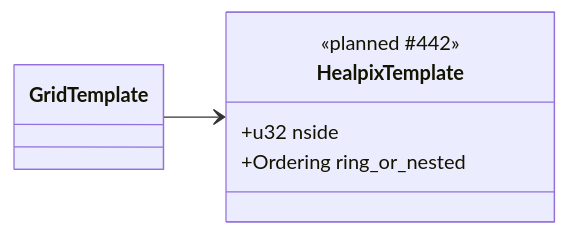
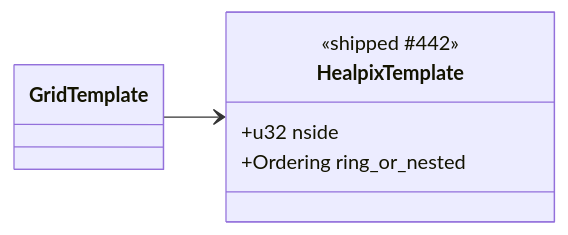
The first of 4 diagrams in docs/architecture/planned/03-composition.md (D0ubleD0uble/fieldglass), drawn with Mermaid before and after one commit. The commit also changed other lines of this file and 28 other files, not shown here.

````diff
--- a/docs/architecture/planned/03-composition.md
+++ b/docs/architecture/planned/03-composition.md
@@ -12,10 +12,10 @@
 ```mermaid
 classDiagram
     direction LR
     class HealpixTemplate {
-        <<planned #442>>
+        <<shipped #442>>
         +u32 nside
         +Ordering ring_or_nested
     }
     GridTemplate --> HealpixTemplate
 ```
````
